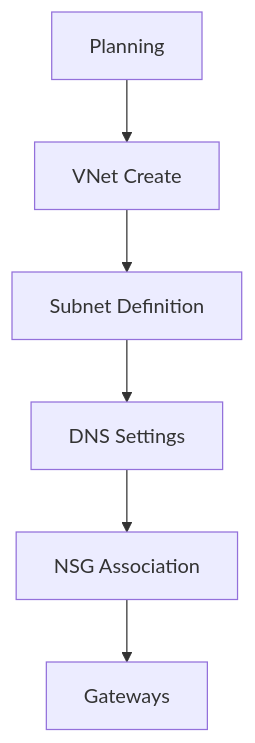
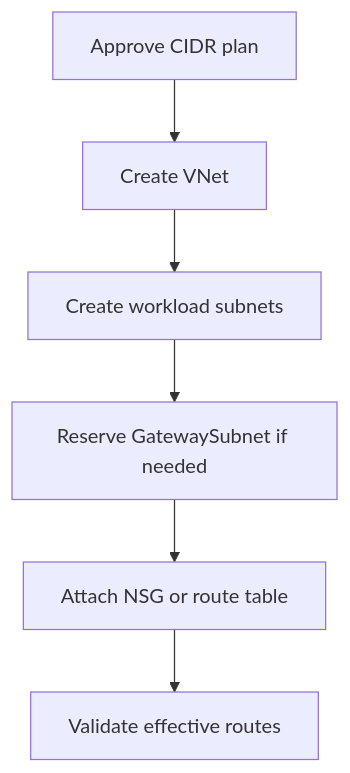
Before and after one commit to yeongseon/azure-networking-practical-guide: the diagram in docs/operations/create-vnet-and-subnets.md, drawn with Mermaid. The commit also changed other lines of this file and 10 other files, not shown here.

````diff
--- a/docs/operations/create-vnet-and-subnets.md
+++ b/docs/operations/create-vnet-and-subnets.md
@@ -42,8 +43,8 @@
 ```mermaid
-graph TD
-    P[Planning] --> V[VNet Create]
-    V --> S[Subnet Definition]
-    S --> D[DNS Settings]
-    D --> N[NSG Association]
-    N --> G[Gateways]
+flowchart TD
+    A[Approve CIDR plan] --> B[Create VNet]
+    B --> C[Create workload subnets]
+    C --> D[Reserve GatewaySubnet if needed]
+    D --> E[Attach NSG or route table]
+    E --> F[Validate effective routes]
 ```
````
